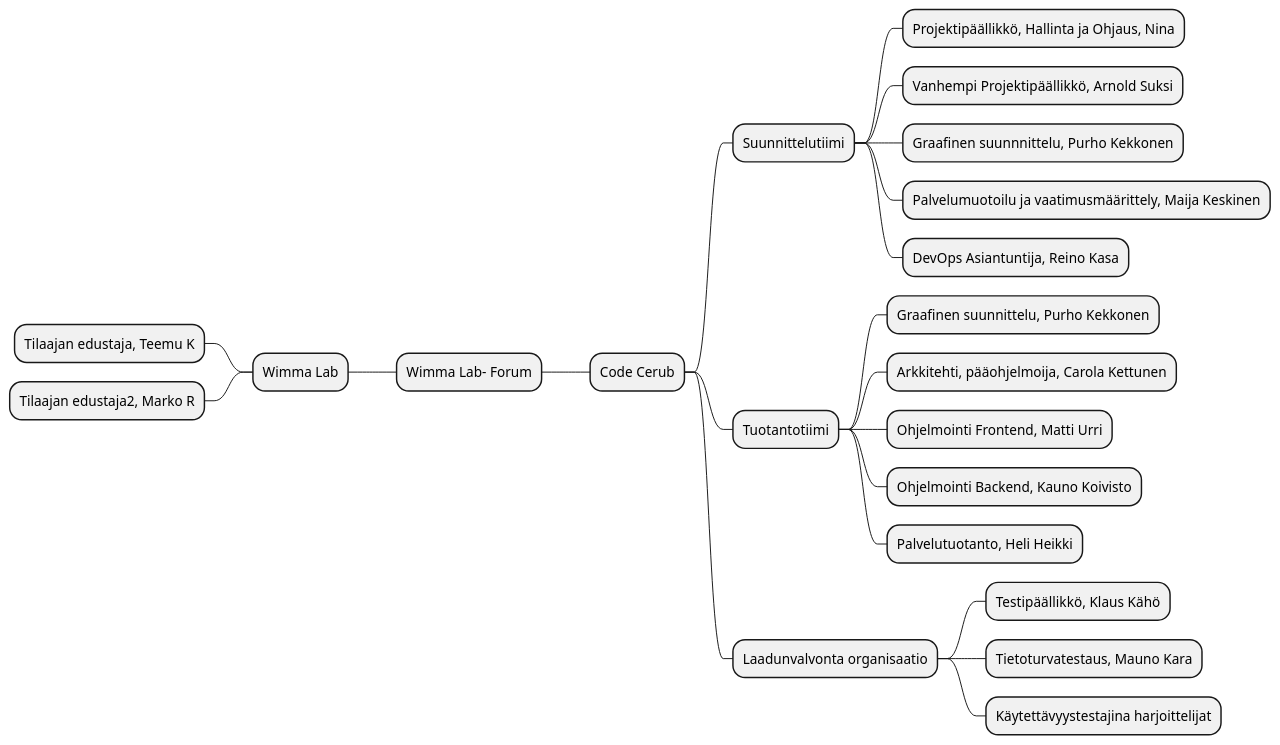
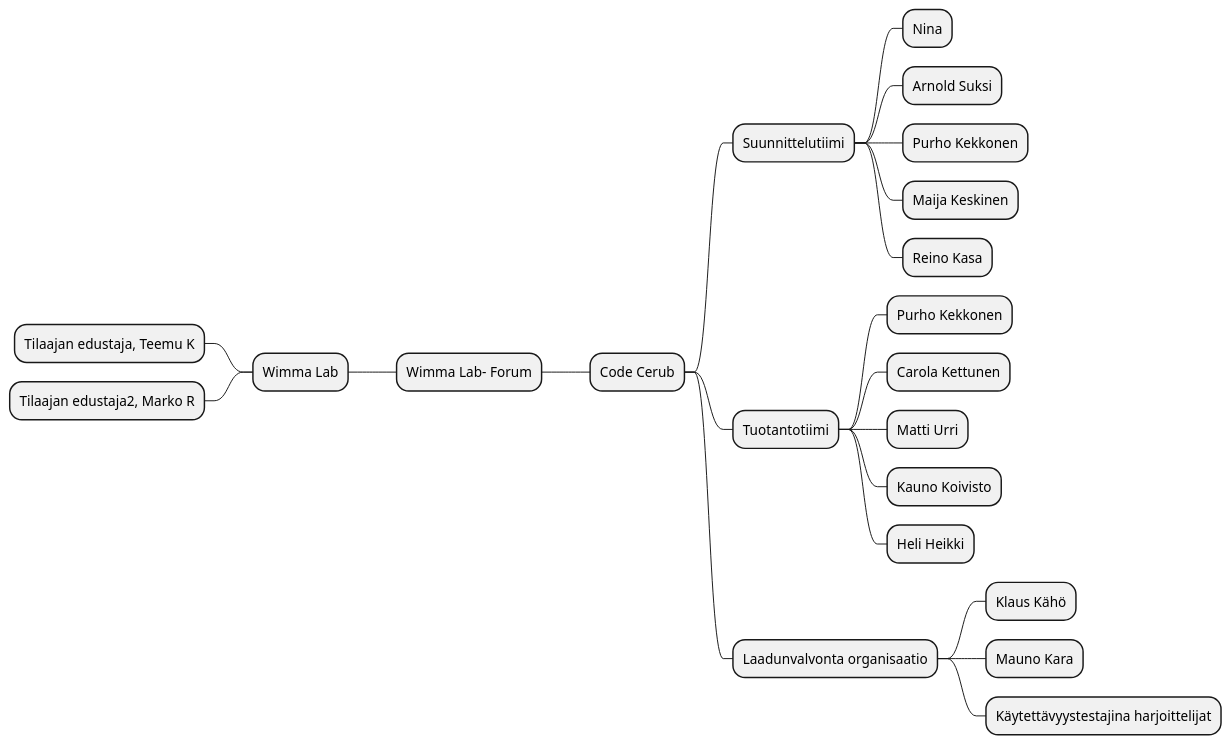
One commit to ninaleo/S2021-AB5160-core changed the first of 2 diagrams in dokumentit/10-Projektihallinta/projektisuunnitelma.md. Above: the diagram before and after it, drawn with PlantUML.

````diff
--- a/dokumentit/10-Projektihallinta/projektisuunnitelma.md
+++ b/dokumentit/10-Projektihallinta/projektisuunnitelma.md
@@ -103,25 +103,25 @@
 ```plantuml
 @startmindmap
 - Wimma Lab- Forum
 ++ Code Cerub
 +++ Suunnittelutiimi
-++++ Projektipäällikkö, Hallinta ja Ohjaus, Nina
-++++ Vanhempi Projektipäällikkö, Arnold Suksi
-++++ Graafinen suunnnittelu, Purho Kekkonen
-++++ Palvelumuotoilu ja vaatimusmäärittely, Maija Keskinen
-++++ DevOps Asiantuntija, Reino Kasa
+++++ Nina
+++++ Arnold Suksi
+++++ Purho Kekkonen
+++++ Maija Keskinen
+++++ Reino Kasa
 +++ Tuotantotiimi
-++++ Graafinen suunnittelu, Purho Kekkonen
-++++ Arkkitehti, pääohjelmoija, Carola Kettunen
-++++ Ohjelmointi Frontend, Matti Urri
-++++ Ohjelmointi Backend, Kauno Koivisto
-++++ Palvelutuotanto, Heli Heikki
+++++ Purho Kekkonen
+++++ Carola Kettunen
+++++ Matti Urri
+++++ Kauno Koivisto
+++++ Heli Heikki
 -- Wimma Lab
 --- Tilaajan edustaja, Teemu K
 +++ Laadunvalvonta organisaatio
-++++ Testipäällikkö, Klaus Kähö
-++++ Tietoturvatestaus, Mauno Kara
+++++ Klaus Kähö
+++++ Mauno Kara
 ++++ Käytettävyystestajina harjoittelijat
 --- Tilaajan edustaja2, Marko R
 @endmindmap
 ```
````
